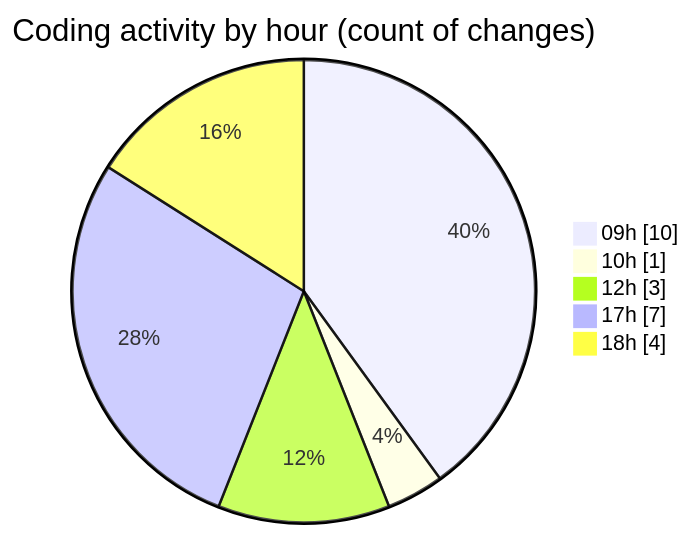
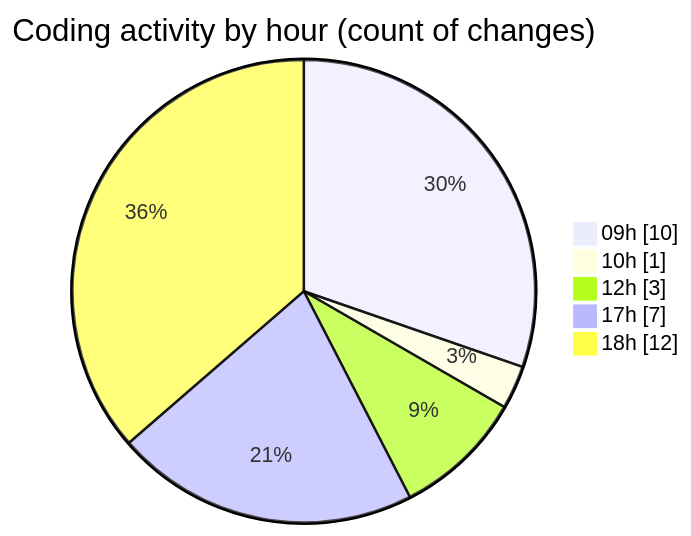
The second of 2 diagrams in 2025-11-13/eventscop-frontend-guide__workspace_/README.md (julien-gomy/code-tracking), drawn with Mermaid before and after one commit. The commit also changed other lines of this file and 1 other file, not shown here.

````diff
--- a/2025-11-13/eventscop-frontend-guide__workspace_/README.md
+++ b/2025-11-13/eventscop-frontend-guide__workspace_/README.md
@@ -39,9 +40,9 @@
 ```mermaid
 pie showData
 title Coding activity by hour (count of changes)
 "09h" : 10
 "10h" : 1
 "12h" : 3
 "17h" : 7
-"18h" : 4
+"18h" : 12
 ```
````
